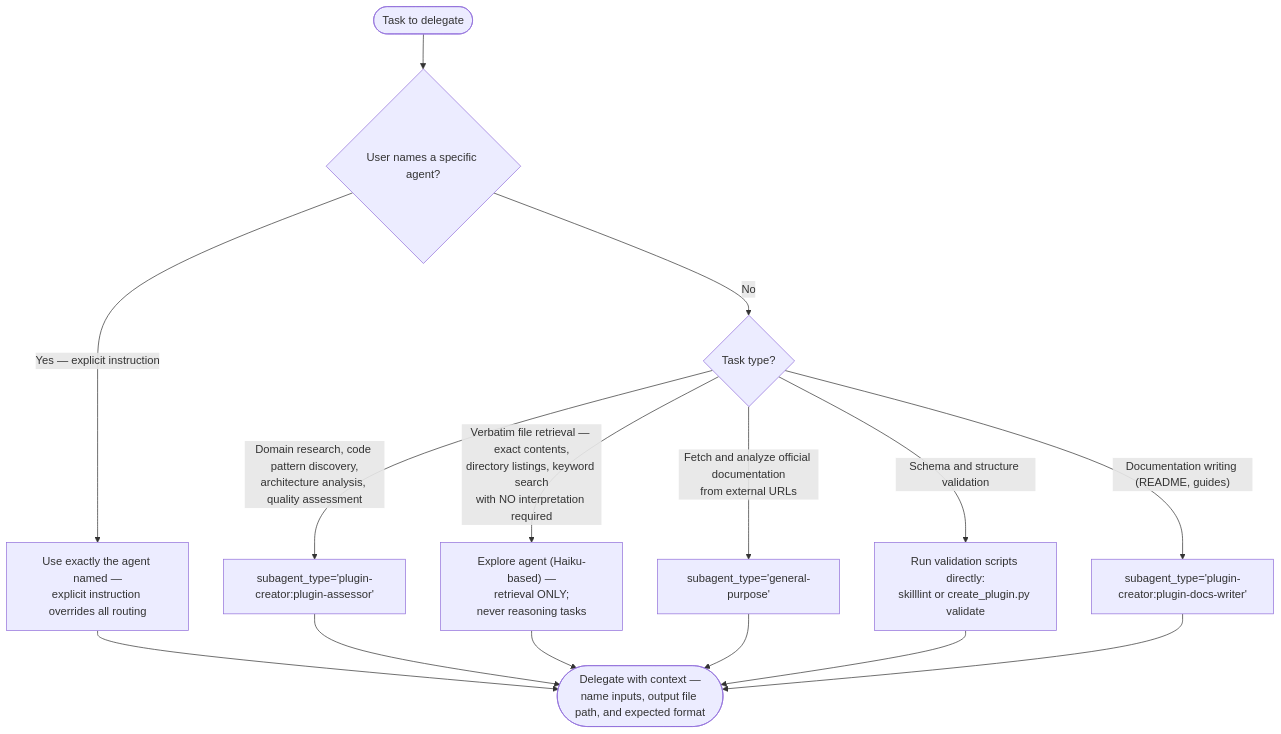
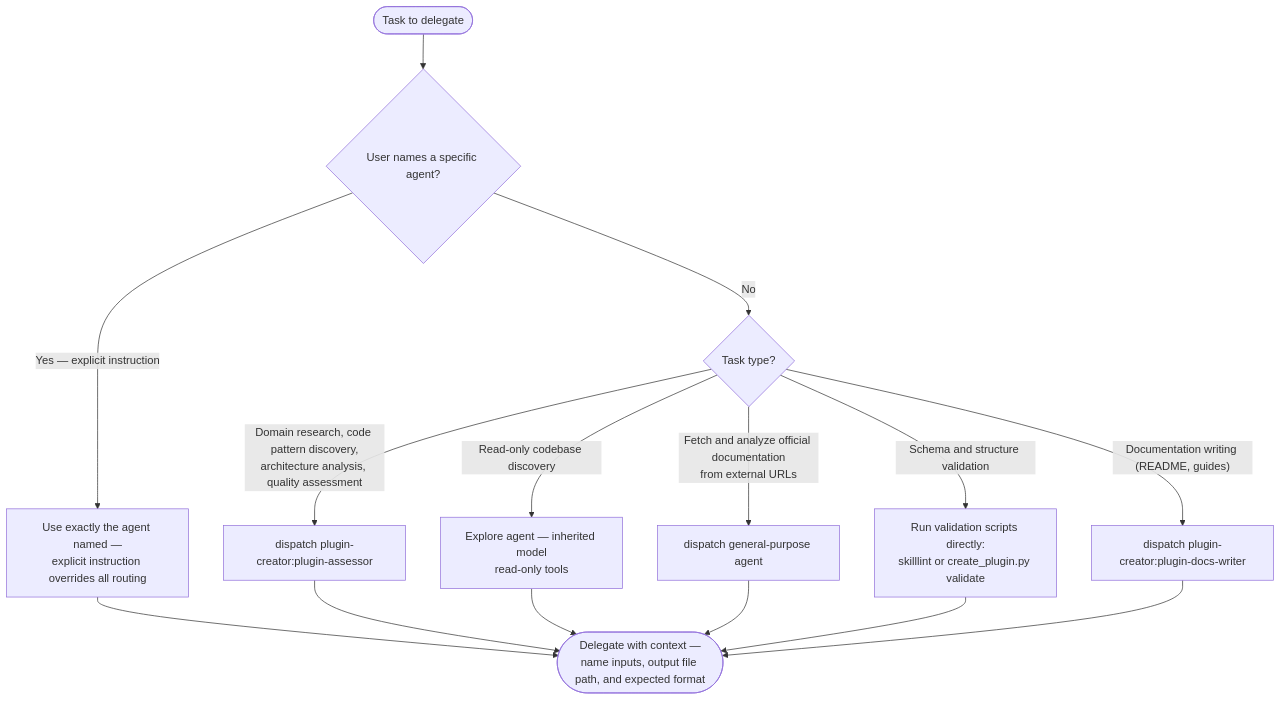
One commit to Jamie-BitFlight/claude_skills changed diagram 11 of 12 in plugins/plugin-creator/skills/plugin-creator/references/workflow-diagram.md. Above: the diagram before and after it, drawn with Mermaid. The commit also changed other lines of this file and 119 other files, not shown here.

First line of the commit message:
docs(plugin-creator): refresh Agent Skills claims (#3854)

````diff
--- a/plugins/plugin-creator/skills/plugin-creator/references/workflow-diagram.md
+++ b/plugins/plugin-creator/skills/plugin-creator/references/workflow-diagram.md
@@ -242,25 +242,25 @@
 ```mermaid
 flowchart TD
     Start(["Task to delegate"]) --> Q1{"User names a specific agent?"}
 
     Q1 -->|"Yes — explicit instruction"| Override["Use exactly the agent named —<br>explicit instruction overrides all routing"]
 
     Q1 -->|"No"| Q2{"Task type?"}
 
-    Q2 -->|"Domain research, code pattern discovery,<br>architecture analysis, quality assessment"| Assessor["subagent_type='plugin-creator:plugin-assessor'"]
+    Q2 -->|"Domain research, code pattern discovery,<br>architecture analysis, quality assessment"| Assessor["dispatch plugin-creator:plugin-assessor"]
 
-    Q2 -->|"Verbatim file retrieval — exact contents,<br>directory listings, keyword search<br>with NO interpretation required"| Explore["Explore agent (Haiku-based) —<br>retrieval ONLY;<br>never reasoning tasks"]
+    Q2 -->|"Read-only codebase discovery"| Explore["Explore agent — inherited model<br>read-only tools"]
 
-    Q2 -->|"Fetch and analyze official documentation<br>from external URLs"| GP["subagent_type='general-purpose'"]
+    Q2 -->|"Fetch and analyze official documentation<br>from external URLs"| GP["dispatch general-purpose agent"]
 
     Q2 -->|"Schema and structure validation"| Scripts["Run validation scripts directly:<br>skilllint or create_plugin.py validate"]
 
-    Q2 -->|"Documentation writing (README, guides)"| Docs["subagent_type='plugin-creator:plugin-docs-writer'"]
+    Q2 -->|"Documentation writing (README, guides)"| Docs["dispatch plugin-creator:plugin-docs-writer"]
 
     Override --> Delegate(["Delegate with context —<br>name inputs, output file path, and expected format"])
     Assessor --> Delegate
     Explore --> Delegate
     GP --> Delegate
     Scripts --> Delegate
     Docs --> Delegate
 ```
````
